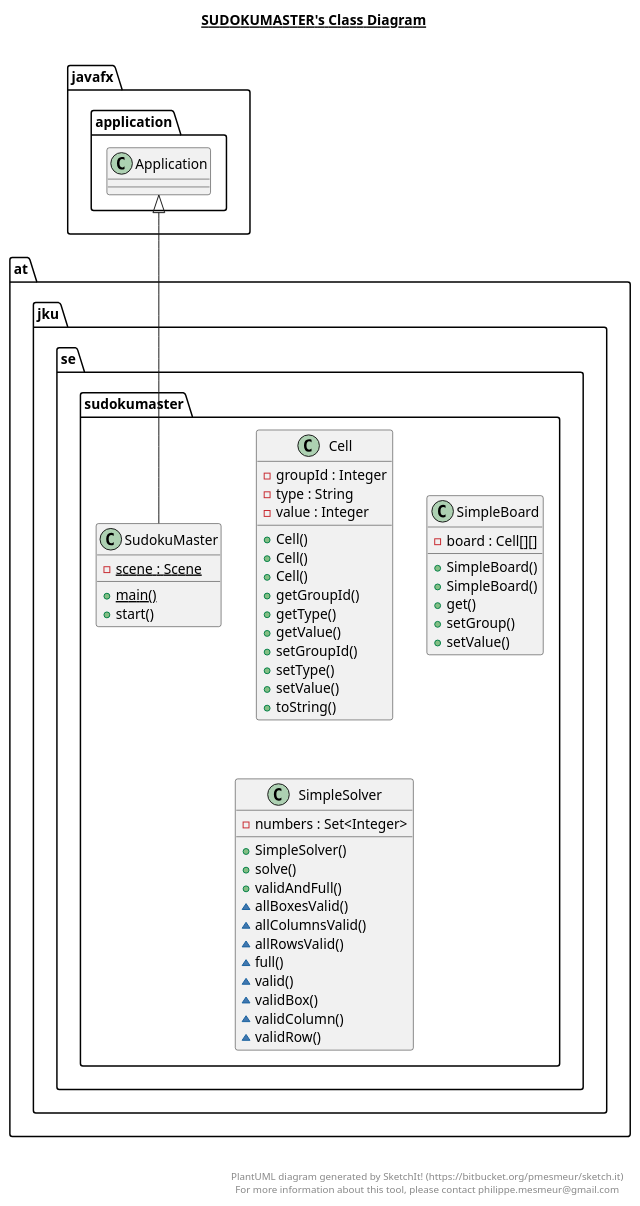
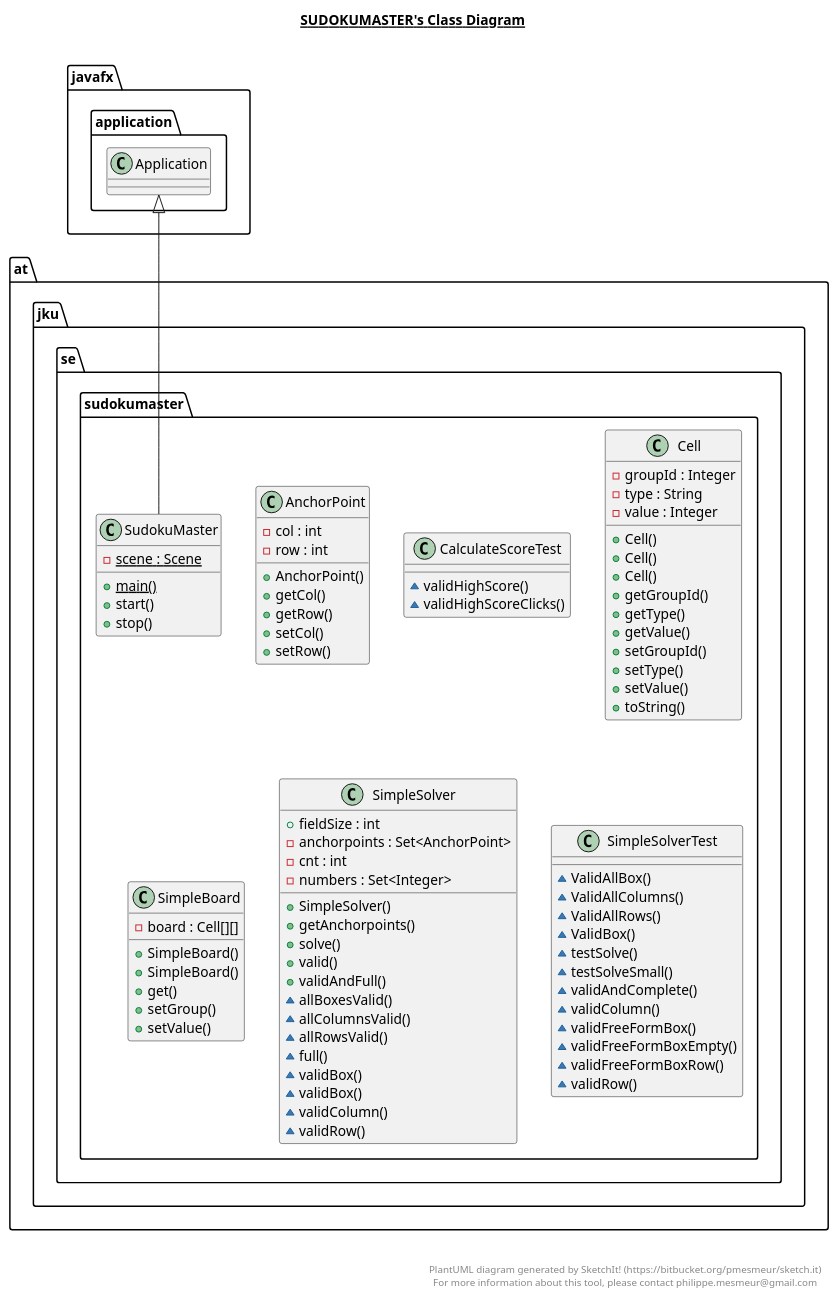
The diagram in Software/src/main/java/at/jku/se/sudokumaster/sudokumaster.plantuml (PeterSigmund12/Sudoku-Master), drawn with PlantUML before and after one commit. The commit also changed 15 other files, not shown here.

```diff
--- a/Software/src/main/java/at/jku/se/sudokumaster/sudokumaster.plantuml
+++ b/Software/src/main/java/at/jku/se/sudokumaster/sudokumaster.plantuml
@@ -1,73 +1,118 @@
 @startuml
 
 title __SUDOKUMASTER's Class Diagram__\n
+
+  namespace at.jku.se.sudokumaster {
+    class at.jku.se.sudokumaster.AnchorPoint {
+        - col : int
+        - row : int
+        + AnchorPoint()
+        + getCol()
+        + getRow()
+        + setCol()
+        + setRow()
+    }
+  }
+  
+
+  namespace at.jku.se.sudokumaster {
+    class at.jku.se.sudokumaster.CalculateScoreTest {
+        ~ validHighScore()
+        ~ validHighScoreClicks()
+    }
+  }
+  
 
   namespace at.jku.se.sudokumaster {
     class at.jku.se.sudokumaster.Cell {
         - groupId : Integer
         - type : String
         - value : Integer
         + Cell()
         + Cell()
         + Cell()
         + getGroupId()
         + getType()
         + getValue()
         + setGroupId()
         + setType()
         + setValue()
         + toString()
     }
   }
   
 
   namespace at.jku.se.sudokumaster {
     class at.jku.se.sudokumaster.SimpleBoard {
         - board : Cell[][]
         + SimpleBoard()
         + SimpleBoard()
         + get()
         + setGroup()
         + setValue()
     }
   }
   
 
   namespace at.jku.se.sudokumaster {
     class at.jku.se.sudokumaster.SimpleSolver {
+        + fieldSize : int
+        - anchorpoints : Set<AnchorPoint>
+        - cnt : int
         - numbers : Set<Integer>
         + SimpleSolver()
+        + getAnchorpoints()
         + solve()
+        + valid()
         + validAndFull()
         ~ allBoxesValid()
         ~ allColumnsValid()
         ~ allRowsValid()
         ~ full()
-        ~ valid()
+        ~ validBox()
         ~ validBox()
         ~ validColumn()
+        ~ validRow()
+    }
+  }
+  
+
+  namespace at.jku.se.sudokumaster {
+    class at.jku.se.sudokumaster.SimpleSolverTest {
+        ~ ValidAllBox()
+        ~ ValidAllColumns()
+        ~ ValidAllRows()
+        ~ ValidBox()
+        ~ testSolve()
+        ~ testSolveSmall()
+        ~ validAndComplete()
+        ~ validColumn()
+        ~ validFreeFormBox()
+        ~ validFreeFormBoxEmpty()
+        ~ validFreeFormBoxRow()
         ~ validRow()
     }
   }
   
 
   namespace at.jku.se.sudokumaster {
     class at.jku.se.sudokumaster.SudokuMaster {
         {static} - scene : Scene
         {static} + main()
         + start()
+        + stop()
     }
   }
   
 
   at.jku.se.sudokumaster.SudokuMaster -up-|> javafx.application.Application
 
 
 right footer
 
 
 PlantUML diagram generated by SketchIt! (https://bitbucket.org/pmesmeur/sketch.it)
 For more information about this tool, please contact philippe.mesmeur@gmail.com
 endfooter
 
 @enduml
```
